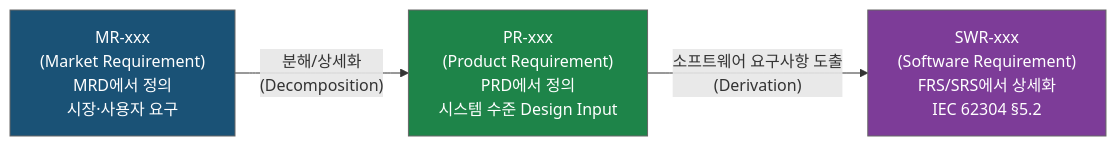
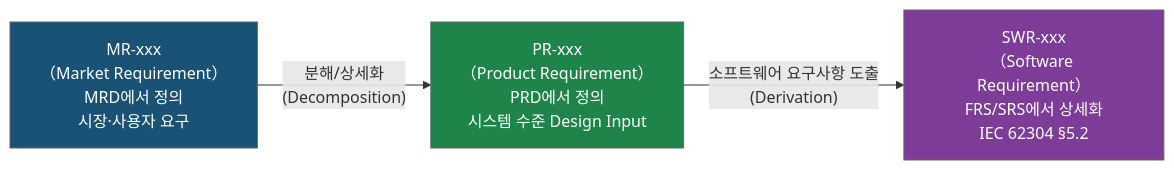
One commit to holee9/console-gui changed the first of 16 diagrams in docs/planning/DOC-002_PRD_v2.0.md. Above: the diagram before and after it, drawn with Mermaid. The commit also changed other lines of this file and 22 other files, not shown here.

First line of the commit message:
fix: Mermaid flowchart 노드 내 괄호 파싱 오류 전면 수정

````diff
--- a/docs/planning/DOC-002_PRD_v2.0.md
+++ b/docs/planning/DOC-002_PRD_v2.0.md
@@ -74,14 +74,14 @@
 ```mermaid
 flowchart LR
     classDef default fill:#444,stroke:#666,color:#fff
-    MR["MR-xxx\n(Market Requirement)\nMRD에서 정의\n시장·사용자 요구"]
-    PR["PR-xxx\n(Product Requirement)\nPRD에서 정의\n시스템 수준 Design Input"]
-    SWR["SWR-xxx\n(Software Requirement)\nFRS/SRS에서 상세화\nIEC 62304 §5.2"]
+    MR["MR-xxx\n（Market Requirement）\nMRD에서 정의\n시장·사용자 요구"]
+    PR["PR-xxx\n（Product Requirement）\nPRD에서 정의\n시스템 수준 Design Input"]
+    SWR["SWR-xxx\n（Software Requirement）\nFRS/SRS에서 상세화\nIEC 62304 §5.2"]
 
     MR -->|"분해/상세화\n(Decomposition)"| PR
     PR -->|"소프트웨어 요구사항 도출\n(Derivation)"| SWR
 
     style MR fill:#1a5276,color:#fff
     style PR fill:#1e8449,color:#fff
     style SWR fill:#7d3c98,color:#fff
 ```
````
